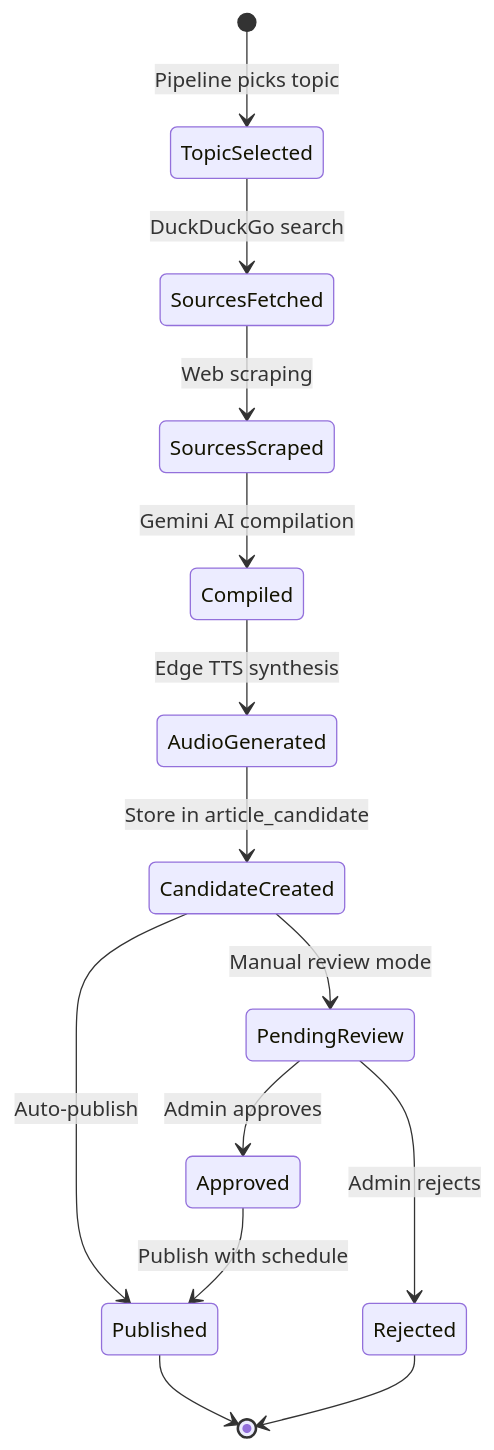
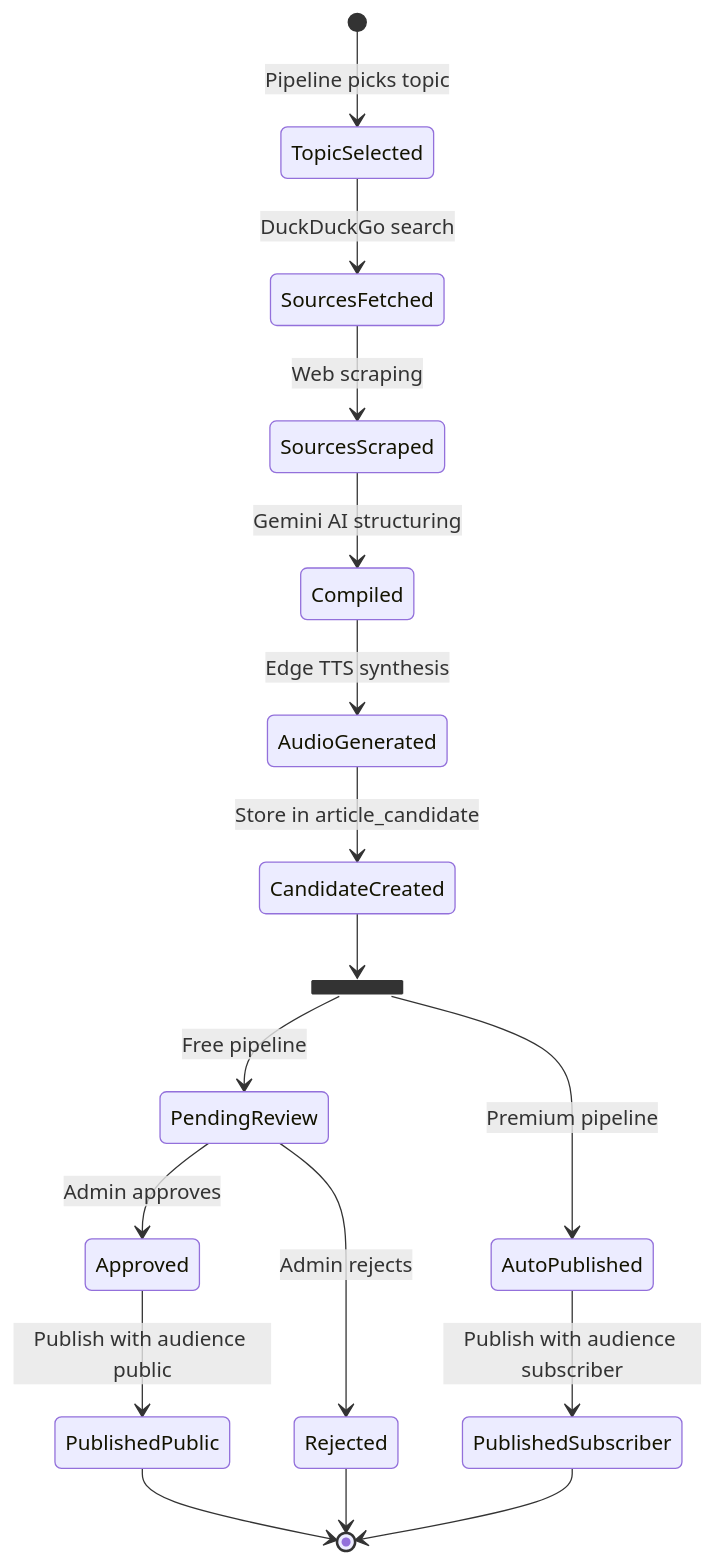
Before and after one commit to pradnyeshbhalekar/looplearn-fe: diagram 11 of 11 in frontend_blackbook.md, drawn with Mermaid. The commit also changed other lines of this file, not shown here.

````diff
--- a/frontend_blackbook.md
+++ b/frontend_blackbook.md
@@ -484,16 +614,24 @@
 ```mermaid
 stateDiagram-v2
     [*] --> TopicSelected : Pipeline picks topic
     TopicSelected --> SourcesFetched : DuckDuckGo search
     SourcesFetched --> SourcesScraped : Web scraping
-    SourcesScraped --> Compiled : Gemini AI compilation
+    SourcesScraped --> Compiled : Gemini AI structuring
     Compiled --> AudioGenerated : Edge TTS synthesis
     AudioGenerated --> CandidateCreated : Store in article_candidate
-    CandidateCreated --> Published : Auto-publish
-    CandidateCreated --> PendingReview : Manual review mode
+
+    state fork_state <<fork>>
+    CandidateCreated --> fork_state
+
+    fork_state --> PendingReview : Free pipeline
+    fork_state --> AutoPublished : Premium pipeline
+
     PendingReview --> Approved : Admin approves
     PendingReview --> Rejected : Admin rejects
-    Approved --> Published : Publish with schedule
-    Published --> [*]
+    Approved --> PublishedPublic : Publish with audience public
+    AutoPublished --> PublishedSubscriber : Publish with audience subscriber
+
+    PublishedPublic --> [*]
+    PublishedSubscriber --> [*]
     Rejected --> [*]
 ```
````
